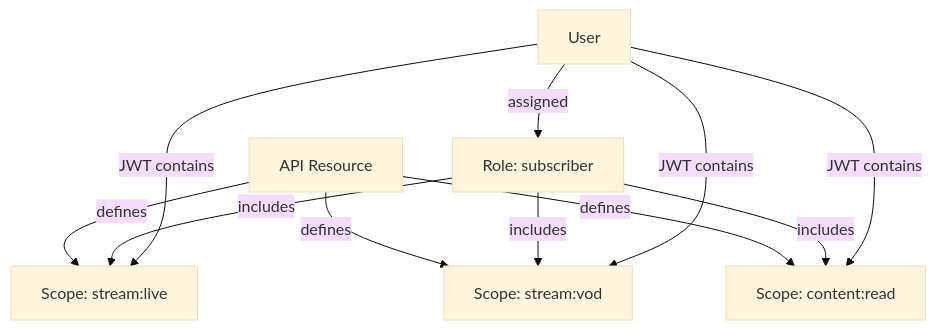
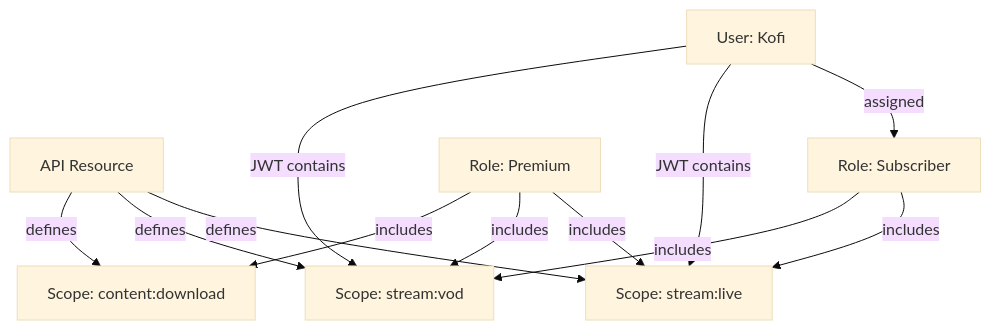
One commit to mgdmdev/docs changed the diagram in guides/rbac.mdx. Above: the diagram before and after it, drawn with Mermaid (base theme). The commit also changed other lines of this file and 1 other file, not shown here.

````diff
--- a/guides/rbac.mdx
+++ b/guides/rbac.mdx
@@ -14,13 +10,14 @@
 ```mermaid
 graph TD
     AR[API Resource] -->|defines| S1[Scope: stream:live]
     AR -->|defines| S2[Scope: stream:vod]
-    AR -->|defines| S3[Scope: content:read]
-    R[Role: subscriber] -->|includes| S1
-    R -->|includes| S2
-    R -->|includes| S3
-    U[User] -->|assigned| R
+    AR -->|defines| S3[Scope: content:download]
+    R1[Role: Subscriber] -->|includes| S1
+    R1 -->|includes| S2
+    R2[Role: Premium] -->|includes| S1
+    R2 -->|includes| S2
+    R2 -->|includes| S3
+    U[User: Kofi] -->|assigned| R1
     U -->|JWT contains| S1
     U -->|JWT contains| S2
-    U -->|JWT contains| S3
 ```
````
